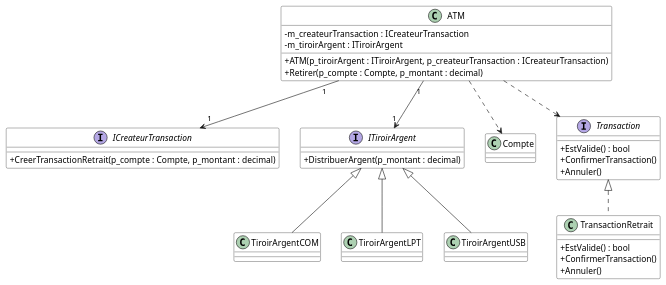
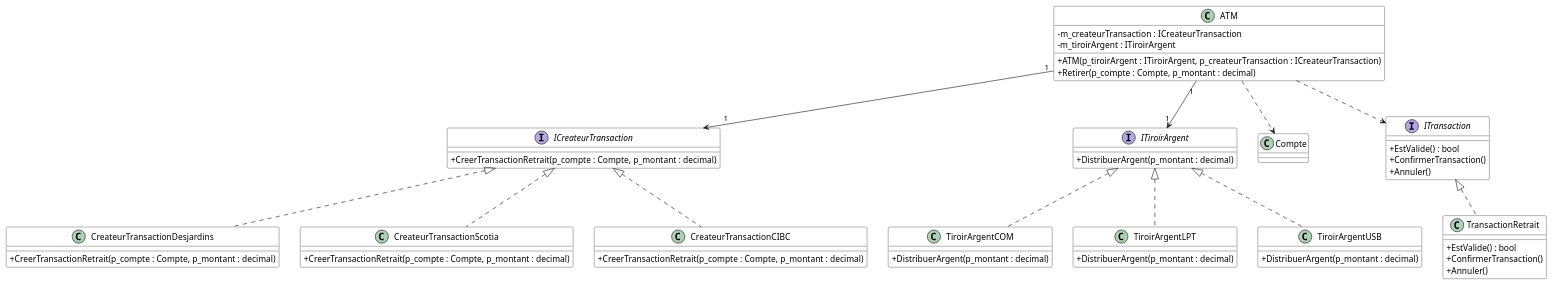
One commit to PiFou86/420-W30-SF changed the diagram in Module04_Principes_SOLID/diag/src/M04_Exercice3_DiagClasses_PropositionCorrection.wsd. Above: the diagram before and after it, drawn with PlantUML. The commit also changed 2 other files, not shown here.

```diff
--- a/Module04_Principes_SOLID/diag/src/M04_Exercice3_DiagClasses_PropositionCorrection.wsd
+++ b/Module04_Principes_SOLID/diag/src/M04_Exercice3_DiagClasses_PropositionCorrection.wsd
@@ -1,57 +1,84 @@
-@startuml DIP_v02_s01
+@startuml Exercice03_PropSol
 
 skinparam classAttributeIconSize 0
 skinparam class {
     BackgroundColor White
     BorderColor #000
 }
 
 
 ATM "1" --> "1" ICreateurTransaction
 ATM "1" --> "1" ITiroirArgent
 
 ATM ..> Compte
-ATM ..> Transaction
+ATM ..> ITransaction
 
-Transaction <|.. TransactionRetrait
+ITransaction <|.. TransactionRetrait
 
-ITiroirArgent <|-- TiroirArgentCOM
-ITiroirArgent <|-- TiroirArgentLPT
-ITiroirArgent <|-- TiroirArgentUSB
+ITiroirArgent <|.. TiroirArgentCOM
+ITiroirArgent <|.. TiroirArgentLPT
+ITiroirArgent <|.. TiroirArgentUSB
+
+ICreateurTransaction <|.. CreateurTransactionDesjardins
+ICreateurTransaction <|.. CreateurTransactionScotia
+ICreateurTransaction <|.. CreateurTransactionCIBC
 
 class ATM {
 
     - m_createurTransaction : ICreateurTransaction
     - m_tiroirArgent : ITiroirArgent
 
     + ATM(p_tiroirArgent : ITiroirArgent, p_createurTransaction : ICreateurTransaction)
     + Retirer(p_compte : Compte, p_montant : decimal)
 }
 
 class Compte {
 
 }
 
 interface ITiroirArgent {
     + DistribuerArgent(p_montant : decimal)
 }
 
-interface Transaction {
+interface ITransaction {
    + EstValide() : bool
    + ConfirmerTransaction()
    + Annuler()
 }
 
 interface ICreateurTransaction {
     + CreerTransactionRetrait(p_compte : Compte, p_montant : decimal)
 }
 
+class CreateurTransactionDesjardins {
+    + CreerTransactionRetrait(p_compte : Compte, p_montant : decimal)
+}
+
+class CreateurTransactionScotia {
+    + CreerTransactionRetrait(p_compte : Compte, p_montant : decimal)
+}
+
+class CreateurTransactionCIBC {
+    + CreerTransactionRetrait(p_compte : Compte, p_montant : decimal)
+}
+
+class TiroirArgentCOM {
+    + DistribuerArgent(p_montant : decimal)
+}
+
+class TiroirArgentLPT {
+    + DistribuerArgent(p_montant : decimal)
+}
+
+class TiroirArgentUSB {
+    + DistribuerArgent(p_montant : decimal)
+}
 
 class TransactionRetrait {
    + EstValide() : bool
    + ConfirmerTransaction()
    + Annuler()
 }
 
 
 @enduml
```
